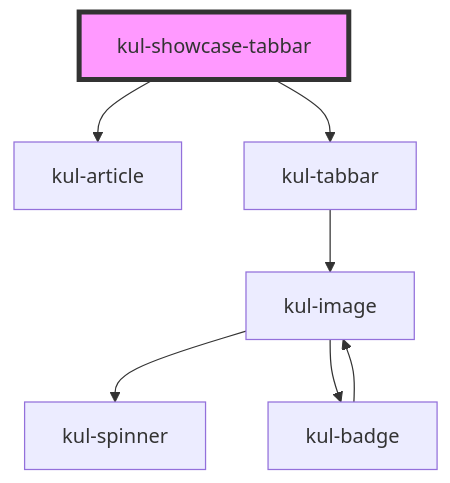
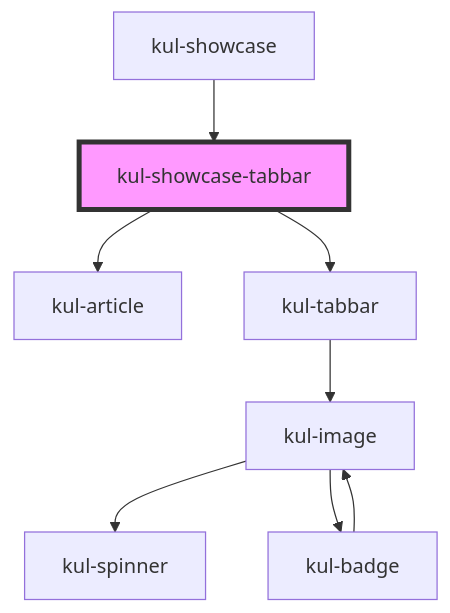
Before and after one commit to lucafoscili/ketchup-lite: the diagram in packages/ketchup-lite/src/components/kul-showcase/components/tabbar/readme.md, drawn with Mermaid. The commit also changed other lines of this file and 45 other files, not shown here.

````diff
--- a/packages/ketchup-lite/src/components/kul-showcase/components/tabbar/readme.md
+++ b/packages/ketchup-lite/src/components/kul-showcase/components/tabbar/readme.md
@@ -24,10 +28,11 @@
 ```mermaid
 graph TD;
   kul-showcase-tabbar --> kul-article
   kul-showcase-tabbar --> kul-tabbar
   kul-tabbar --> kul-image
   kul-image --> kul-spinner
   kul-image --> kul-badge
   kul-badge --> kul-image
+  kul-showcase --> kul-showcase-tabbar
   style kul-showcase-tabbar fill:#f9f,stroke:#333,stroke-width:4px
 ```
````
